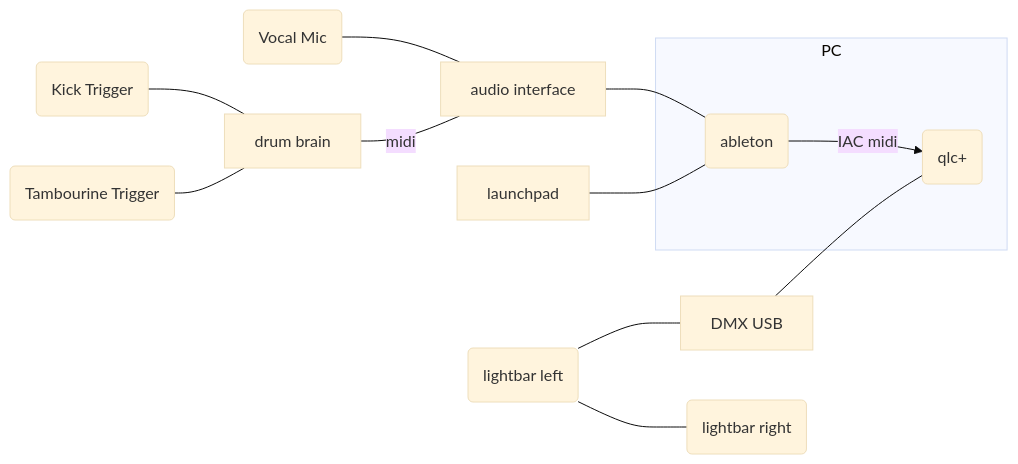
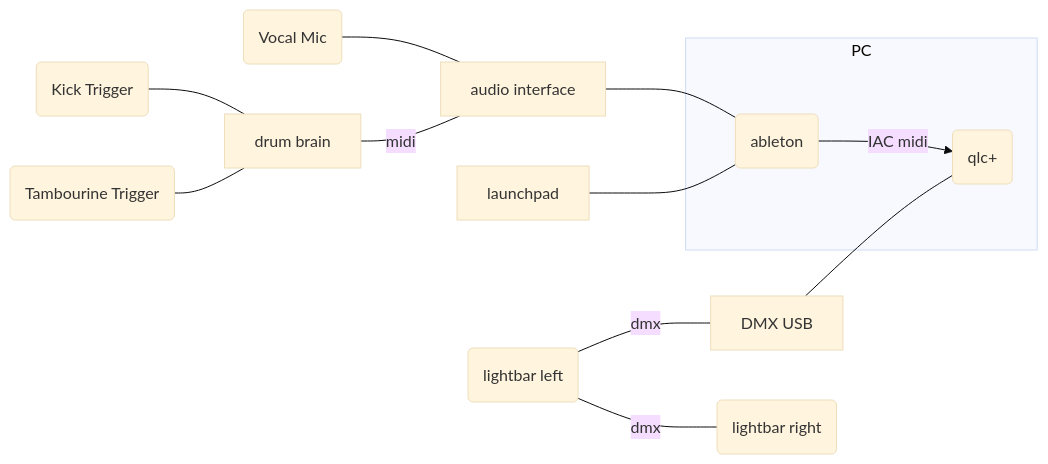
The diagram in README.md (koniho/futuretrash), drawn with Mermaid (base theme) before and after one commit. The commit also changed other lines of this file, not shown here.

````diff
--- a/README.md
+++ b/README.md
@@ -11,19 +24,19 @@
 ```mermaid
 flowchart LR
 
 mic(Vocal Mic) --- ai
 dmxctrl[DMX USB] --- lightctrl
 launchpad --- ableton
 ai[audio interface] --- ableton
 dtx[drum brain] -- midi --- ai
 
 kicktrig(Kick Trigger) --- dtx
 tambtrig(Tambourine Trigger) --- dtx
 
-lb1 --- dmxctrl
-lb1(lightbar left) --- lb2(lightbar right)
+lb1 -- dmx --- dmxctrl
+lb1(lightbar left) -- dmx --- lb2(lightbar right)
 
 subgraph PC
   ableton(ableton) -- IAC midi --> lightctrl(qlc+)
 end
 ```
````
